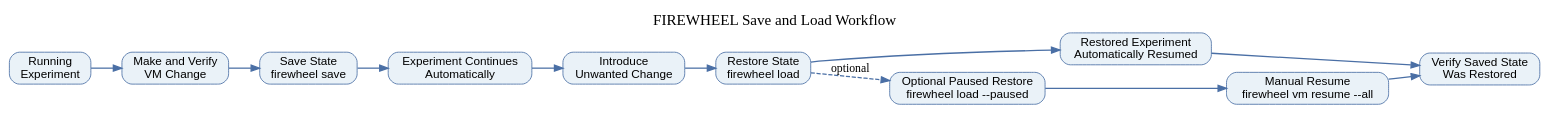
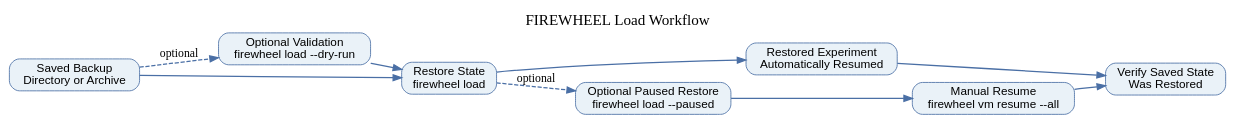
The second of 2 diagrams in docs/source/tutorials/save_load.rst (sandialabs/firewheel), drawn with Graphviz before and after one commit. The commit also changed other lines of this file and 2 other files, not shown here.

```diff
--- a/docs/source/tutorials/save_load.rst
+++ b/docs/source/tutorials/save_load.rst
@@ -70,33 +84,28 @@
 .. graphviz::
 
-   digraph save_load_workflow {
+   digraph load_workflow {
        rankdir=LR;
        labelloc="t";
-       label="FIREWHEEL Save and Load Workflow";
+       label="FIREWHEEL Load Workflow";
        fontsize=18;
 
        node [shape=box, style="rounded,filled", fillcolor="#EAF2F8", color="#4A6FA5", fontname="Helvetica"];
        edge [color="#4A6FA5", penwidth=1.5];
 
-       running [label="Running\nExperiment"];
-       modify [label="Make and Verify\nVM Change"];
-       save [label="Save State\nfirewheel save"];
-       continue [label="Experiment Continues\nAutomatically"];
-       disturb [label="Introduce\nUnwanted Change"];
+       backup [label="Saved Backup\nDirectory or Archive"];
+       dryrun [label="Optional Validation\nfirewheel load --dry-run"];
        load [label="Restore State\nfirewheel load"];
        resumed [label="Restored Experiment\nAutomatically Resumed"];
        paused [label="Optional Paused Restore\nfirewheel load --paused"];
+       resume [label="Manual Resume\nfirewheel vm resume --all"];
        verify [label="Verify Saved State\nWas Restored"];
-       manual_resume [label="Manual Resume\nfirewheel vm resume --all"];
 
-       running -> modify;
-       modify -> save;
-       save -> continue;
-       continue -> disturb;
-       disturb -> load;
+       backup -> dryrun [style=dashed, label="optional"];
+       backup -> load;
+       dryrun -> load;
        load -> resumed;
        load -> paused [style=dashed, label="optional"];
        resumed -> verify;
-       paused -> manual_resume;
-       manual_resume -> verify;
+       paused -> resume;
+       resume -> verify;
    }
```
